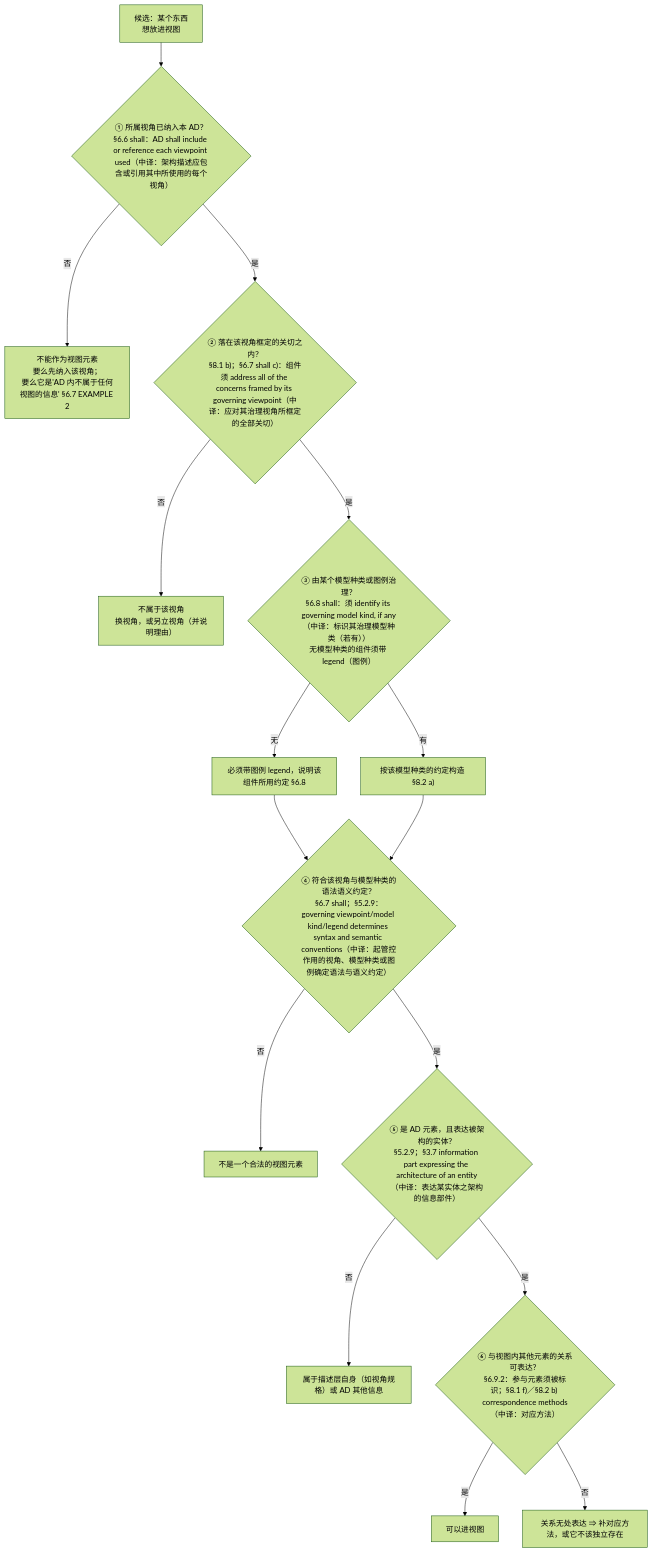
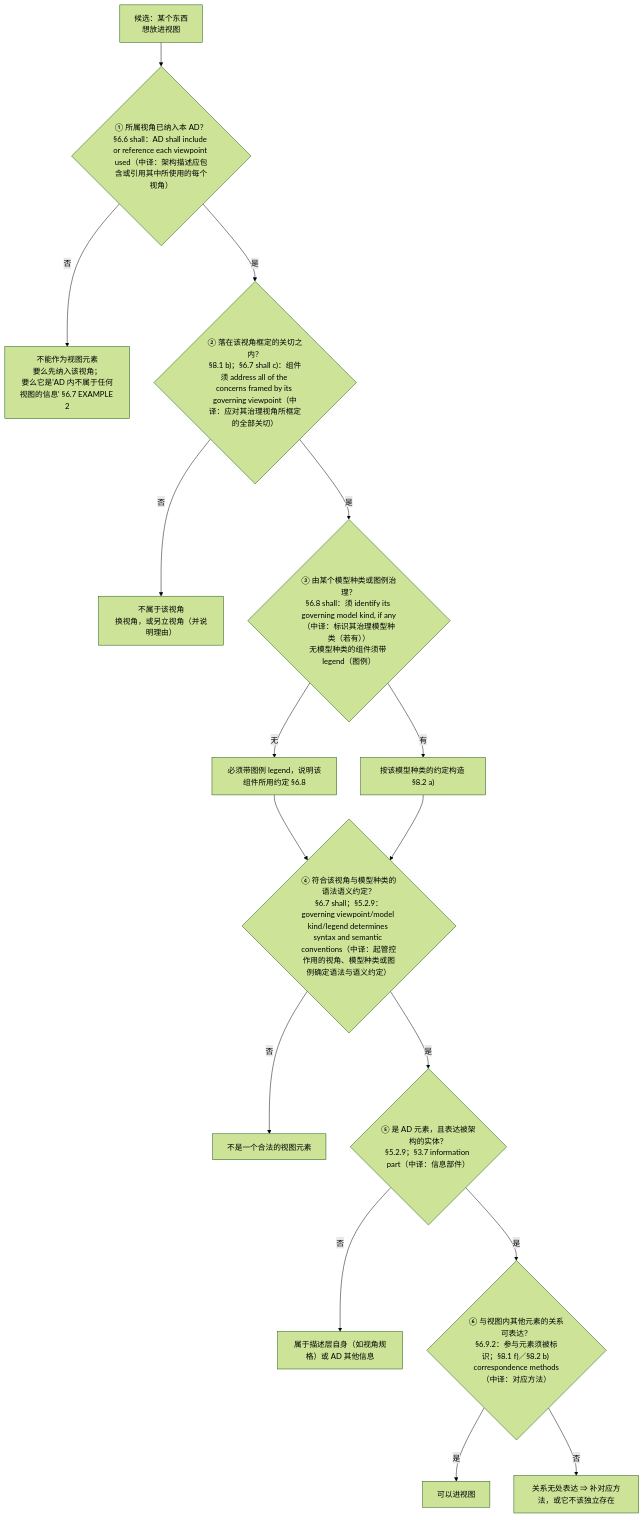
One commit to Yongjunzhou/business-Engineering changed the ninth of 9 diagrams in 10-系统工程研究/00-系统工程相关研究报告/35-架构定义与视图设计研究报告-从意义目的到产品数据与四案例.md. Above: the diagram before and after it, drawn with Mermaid (forest theme). The commit also changed other lines of this file and 35 other files, not shown here.

````diff
--- a/10-系统工程研究/00-系统工程相关研究报告/35-架构定义与视图设计研究报告-从意义目的到产品数据与四案例.md
+++ b/10-系统工程研究/00-系统工程相关研究报告/35-架构定义与视图设计研究报告-从意义目的到产品数据与四案例.md
@@ -1016,18 +1016,18 @@
 ```mermaid
 flowchart TD
     E["候选：某个东西<br/>想放进视图"] --> C1{"① 所属视角已纳入本 AD？<br/>§6.6 shall：AD shall include or reference each viewpoint used（中译：架构描述应包含或引用其中所使用的每个视角）"}
     C1 -->|否| X1["不能作为视图元素<br/>要么先纳入该视角；<br/>要么它是'AD 内不属于任何视图的信息' §6.7 EXAMPLE 2"]
     C1 -->|是| C2{"② 落在该视角框定的关切之内？<br/>§8.1 b)；§6.7 shall c)：组件须 address all of the concerns framed by its governing viewpoint（中译：应对其治理视角所框定的全部关切）"}
     C2 -->|否| X2["不属于该视角<br/>换视角，或另立视角（并说明理由）"]
     C2 -->|是| C3{"③ 由某个模型种类或图例治理？<br/>§6.8 shall：须 identify its governing model kind, if any（中译：标识其治理模型种类（若有））<br/>无模型种类的组件须带 legend（图例）"}
     C3 -->|无| C4["必须带图例 legend，说明该组件所用约定 §6.8"]
     C3 -->|有| C5["按该模型种类的约定构造 §8.2 a)"]
     C4 --> C6{"④ 符合该视角与模型种类的语法语义约定？<br/>§6.7 shall；§5.2.9：governing viewpoint/model kind/legend determines syntax and semantic conventions（中译：起管控作用的视角、模型种类或图例确定语法与语义约定）"}
     C5 --> C6
     C6 -->|否| X3["不是一个合法的视图元素"]
-    C6 -->|是| C7{"⑤ 是 AD 元素，且表达被架构的实体？<br/>§5.2.9；§3.7 information part expressing the architecture of an entity（中译：表达某实体之架构的信息部件）"}
+    C6 -->|是| C7{"⑤ 是 AD 元素，且表达被架构的实体？<br/>§5.2.9；§3.7 information part（中译：信息部件）"}
     C7 -->|否| X4["属于描述层自身（如视角规格）或 AD 其他信息"]
     C7 -->|是| C8{"⑥ 与视图内其他元素的关系可表达？<br/>§6.9.2：参与元素须被标识；§8.1 f)／§8.2 b) correspondence methods（中译：对应方法）"}
     C8 -->|是| OK["可以进视图"]
     C8 -->|否| X5["关系无处表达 ⇒ 补对应方法，或它不该独立存在"]
 ```
````
